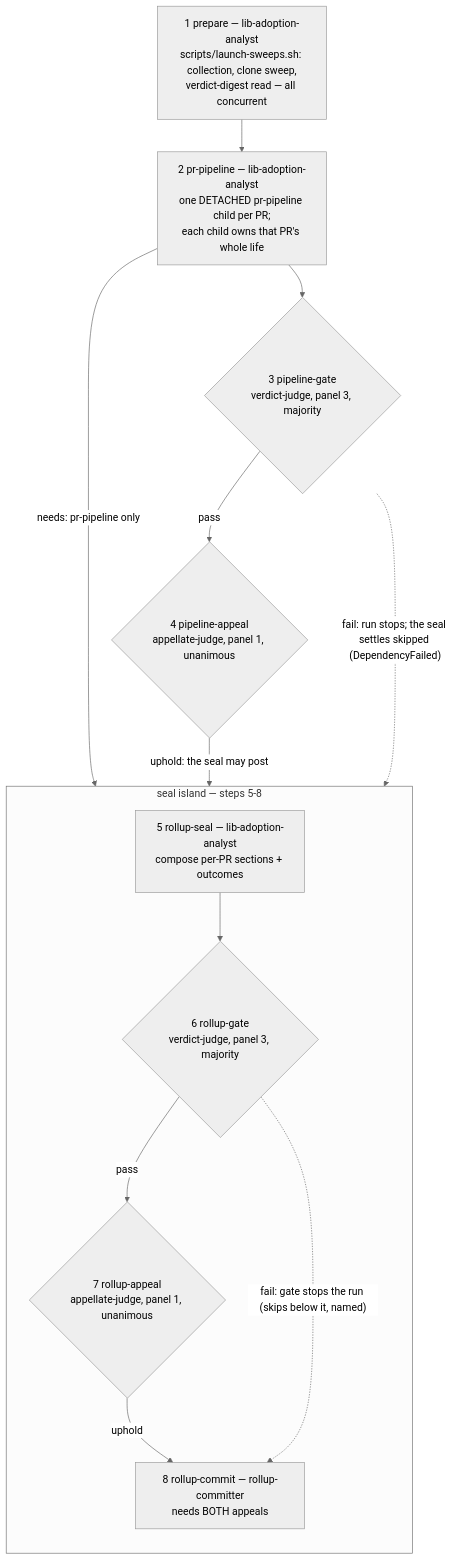
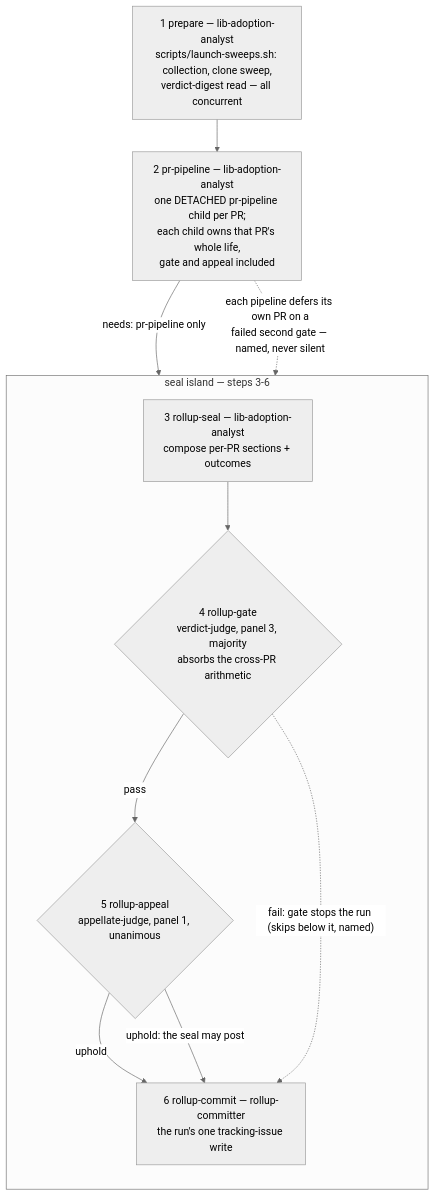
Before and after one commit to ahmedhosnypro/craft-libs-adoption: the tenth of 12 diagrams in docs/workflow-diagrams.md, drawn with Mermaid (neutral theme). The commit also changed other lines of this file and 3 other files, not shown here.

First line of the commit message:
feat(workflow): per-PR gates and appeals inside each pipeline; PRs never gather again

````diff
--- a/docs/workflow-diagrams.md
+++ b/docs/workflow-diagrams.md
@@ -295,18 +301,16 @@
 ```mermaid
 flowchart TD
-    P["1 prepare — lib-adoption-analyst<br/>scripts/launch-sweeps.sh: collection, clone sweep,<br/>verdict-digest read — all concurrent"] --> Q["2 pr-pipeline — lib-adoption-analyst<br/>one DETACHED pr-pipeline child per PR;<br/>each child owns that PR's whole life"]
-    Q --> PG{"3 pipeline-gate<br/>verdict-judge, panel 3, majority"}
-    PG -->|pass| PA{"4 pipeline-appeal<br/>appellate-judge, panel 1, unanimous"}
+    P["1 prepare — lib-adoption-analyst<br/>scripts/launch-sweeps.sh: collection, clone sweep,<br/>verdict-digest read — all concurrent"] --> Q["2 pr-pipeline — lib-adoption-analyst<br/>one DETACHED pr-pipeline child per PR;<br/>each child owns that PR's whole life,<br/>gate and appeal included"]
 
-    subgraph seal["seal island — steps 5-8"]
+    subgraph seal["seal island — steps 3-6"]
         direction TB
-        RS["5 rollup-seal — lib-adoption-analyst<br/>compose per-PR sections + outcomes"] --> RG{"6 rollup-gate<br/>verdict-judge, panel 3, majority"}
-        RG -->|pass| RA{"7 rollup-appeal<br/>appellate-judge, panel 1, unanimous"}
-        RA -->|uphold| RC["8 rollup-commit — rollup-committer<br/>needs BOTH appeals"]
+        RS["3 rollup-seal — lib-adoption-analyst<br/>compose per-PR sections + outcomes"] --> RG{"4 rollup-gate<br/>verdict-judge, panel 3, majority<br/>absorbs the cross-PR arithmetic"}
+        RG -->|pass| RA{"5 rollup-appeal<br/>appellate-judge, panel 1, unanimous"}
+        RA -->|uphold| RC["6 rollup-commit — rollup-committer<br/>the run's one tracking-issue write"]
         RG -.->|"fail: gate stops the run (skips below it, named)"| RC
     end
 
     Q -->|"needs: pr-pipeline only"| RS
-    PA -->|"uphold: the seal may post"| RC
-    PG -.->|"fail: run stops; the seal settles skipped (DependencyFailed)"| RC
+    RA -->|"uphold: the seal may post"| RC
+    Q -.->|"each pipeline defers its own PR on a<br/>failed second gate — named, never silent"| RC
 ```
````
